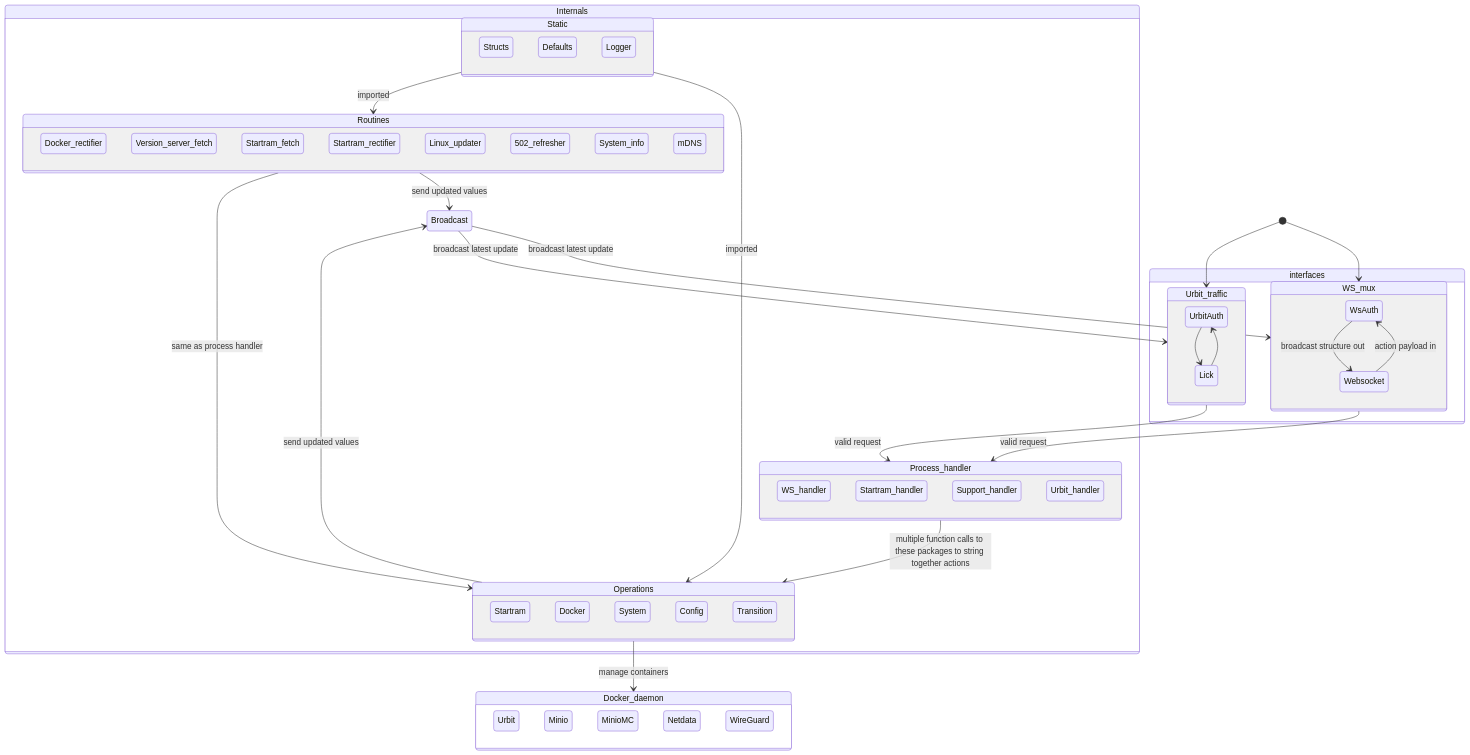
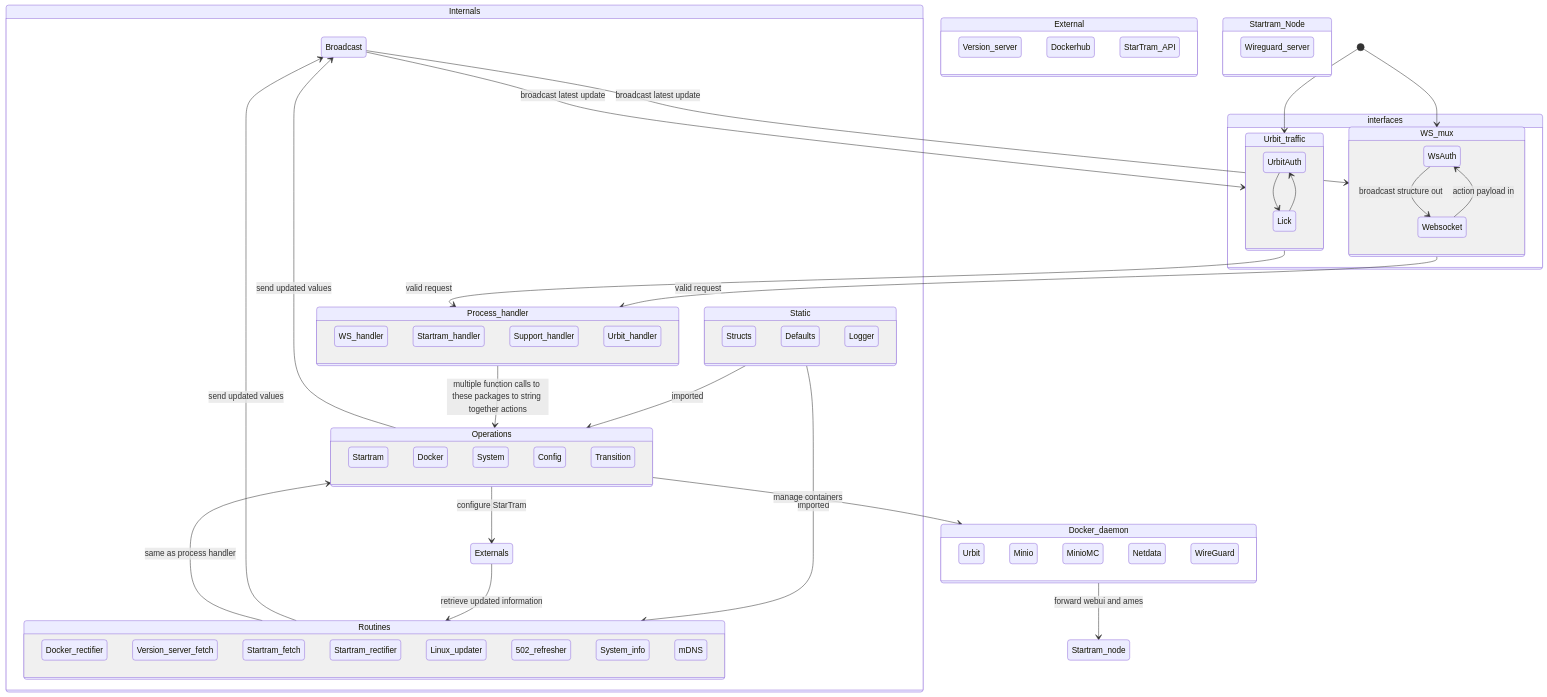
Before and after one commit to Native-Planet/GroundSeg: the diagram in goseg/readme.md, drawn with Mermaid.

````diff
--- a/goseg/readme.md
+++ b/goseg/readme.md
@@ -3,67 +3,78 @@
 ```mermaid
 stateDiagram-v2
     direction TB
     accTitle: Goseg package diagram
     accDescr: Interactions between packages in Groundseg Go rewrite
     classDef bcase fill:#f00,color:white,font-weight:bold,stroke-width:2px,stroke:yellow
     Broadcast-->WS_mux: broadcast latest update
     Broadcast-->Urbit_traffic: broadcast latest update
     Static-->Operations: imported
     Static-->Routines: imported
+    state External {
+        Version_server
+        Dockerhub
+        StarTram_API
+    }
+    state Startram_Node {
+        Wireguard_server
+    }
     state Internals {
         state Static {
             Structs
             Defaults
             Logger
         }
         state Routines {
             Docker_rectifier
             Version_server_fetch
             Startram_fetch
             Startram_rectifier
             Linux_updater
             502_refresher
             System_info
             mDNS
         }
         state Operations {
             Startram
             Docker
             System
             Config
             Transition
         }
         state Process_handler {
             WS_handler
             Startram_handler
             Support_handler
             Urbit_handler
         }
         Process_handler-->Operations: multiple function calls to these packages to string together actions
         Operations-->Broadcast: send updated values
         Routines-->Broadcast: send updated values
+        Externals-->Routines: retrieve updated information
+        Operations-->Externals: configure StarTram
     }
     [*]-->WS_mux
     [*]-->Urbit_traffic
     WS_mux-->Process_handler: valid request
     Urbit_traffic-->Process_handler: valid request
     Routines-->Operations: same as process handler
     state interfaces {
         state Urbit_traffic {
             UrbitAuth-->Lick
             Lick-->UrbitAuth
         }
         state WS_mux {
             WsAuth-->Websocket: broadcast structure out
             Websocket-->WsAuth: action payload in
         }
     }
     state Docker_daemon {
         Urbit
         Minio
         MinioMC
         Netdata
         WireGuard
     }
     Operations-->Docker_daemon: manage containers
+    Docker_daemon-->Startram_node: forward webui and ames
 ```
````
